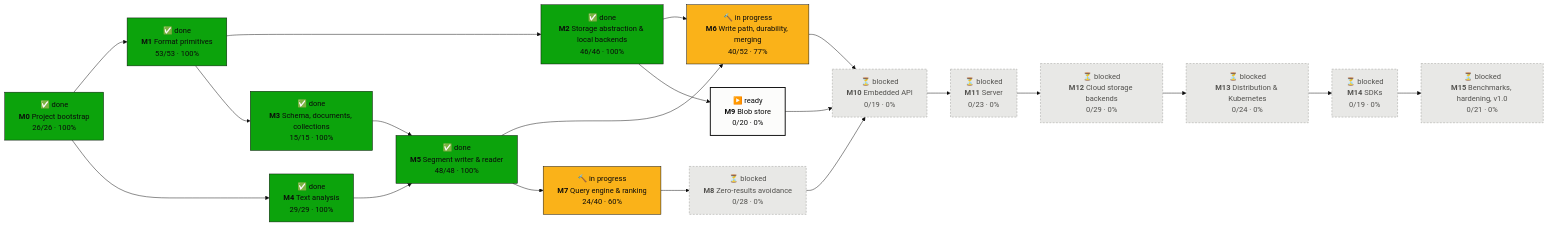
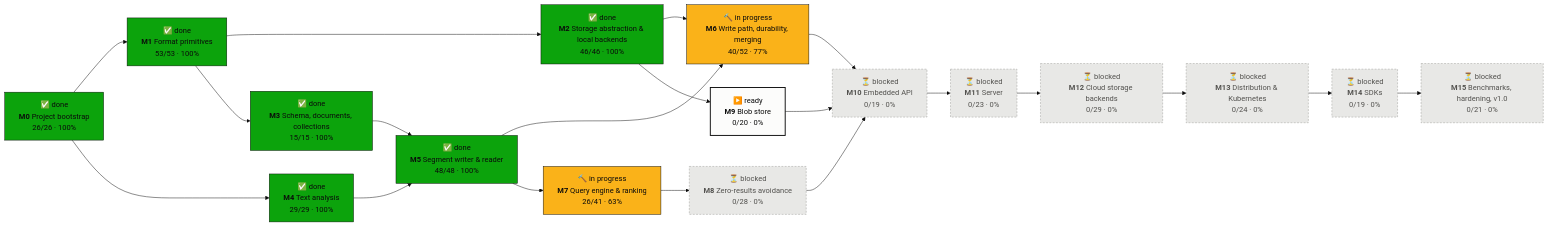
Before and after one commit to tomiok/persiaDB: the first of 2 diagrams in PROGRESS.md, drawn with Mermaid (base theme). The commit also changed other lines of this file and 20 other files, not shown here.

First line of the commit message:
Plan prefix and fuzzy over the collection's terms; disjunctions for many clauses (ROADMAP 7.4.12, 7.4.7) (#57)

````diff
--- a/PROGRESS.md
+++ b/PROGRESS.md
@@ -16,42 +16,42 @@
 ```mermaid
 flowchart LR
   M0["✅ done<br/><b>M0</b> Project bootstrap<br/>26/26 · 100%"]:::done
   M1["✅ done<br/><b>M1</b> Format primitives<br/>53/53 · 100%"]:::done
   M2["✅ done<br/><b>M2</b> Storage abstraction & local backends<br/>46/46 · 100%"]:::done
   M3["✅ done<br/><b>M3</b> Schema, documents, collections<br/>15/15 · 100%"]:::done
   M4["✅ done<br/><b>M4</b> Text analysis<br/>29/29 · 100%"]:::done
   M5["✅ done<br/><b>M5</b> Segment writer & reader<br/>48/48 · 100%"]:::done
   M6["🔨 in progress<br/><b>M6</b> Write path, durability, merging<br/>40/52 · 77%"]:::doing
-  M7["🔨 in progress<br/><b>M7</b> Query engine & ranking<br/>24/40 · 60%"]:::doing
+  M7["🔨 in progress<br/><b>M7</b> Query engine & ranking<br/>26/41 · 63%"]:::doing
   M8["⏳ blocked<br/><b>M8</b> Zero-results avoidance<br/>0/28 · 0%"]:::blocked
   M9["▶️ ready<br/><b>M9</b> Blob store<br/>0/20 · 0%"]:::ready
   M10["⏳ blocked<br/><b>M10</b> Embedded API<br/>0/19 · 0%"]:::blocked
   M11["⏳ blocked<br/><b>M11</b> Server<br/>0/23 · 0%"]:::blocked
   M12["⏳ blocked<br/><b>M12</b> Cloud storage backends<br/>0/29 · 0%"]:::blocked
   M13["⏳ blocked<br/><b>M13</b> Distribution & Kubernetes<br/>0/24 · 0%"]:::blocked
   M14["⏳ blocked<br/><b>M14</b> SDKs<br/>0/19 · 0%"]:::blocked
   M15["⏳ blocked<br/><b>M15</b> Benchmarks, hardening, v1.0<br/>0/21 · 0%"]:::blocked
   M0 --> M1
   M1 --> M2
   M1 --> M3
   M0 --> M4
   M3 --> M5
   M4 --> M5
   M2 --> M6
   M5 --> M6
   M5 --> M7
   M7 --> M8
   M2 --> M9
   M6 --> M10
   M8 --> M10
   M9 --> M10
   M10 --> M11
   M11 --> M12
   M12 --> M13
   M13 --> M14
   M14 --> M15
   classDef done fill:#0ca30c,stroke:#0b0b0b,color:#0b0b0b
   classDef doing fill:#fab219,stroke:#0b0b0b,color:#0b0b0b
   classDef ready fill:#fcfcfb,stroke:#0b0b0b,stroke-width:2px,color:#0b0b0b
   classDef blocked fill:#e8e8e6,stroke:#9a9a96,stroke-dasharray:4 3,color:#52514e
 ```
````
